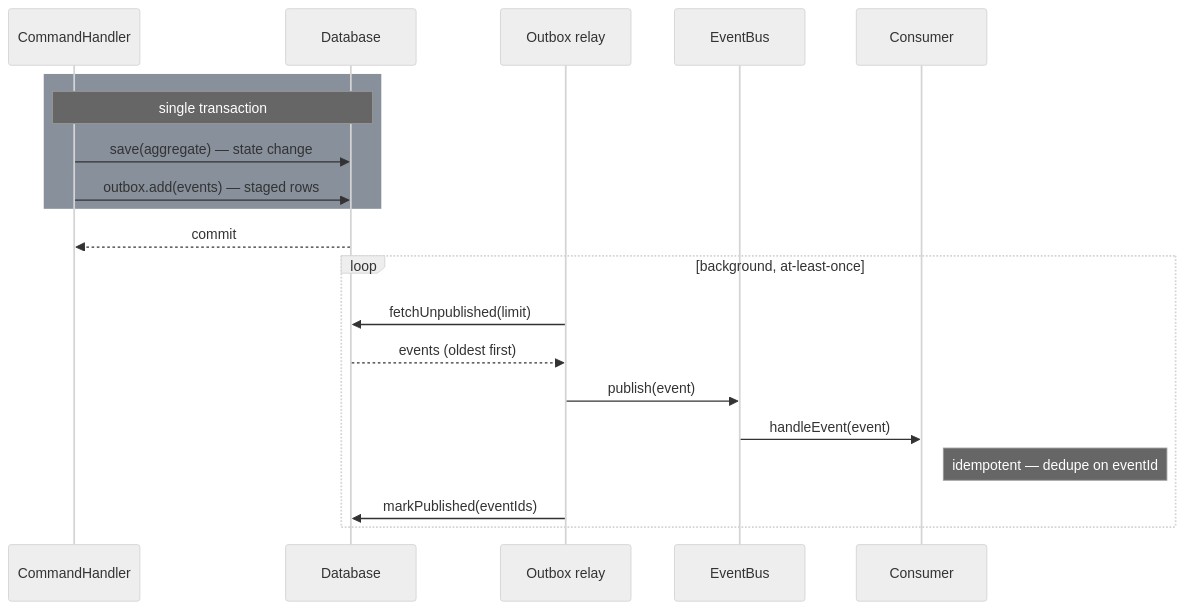
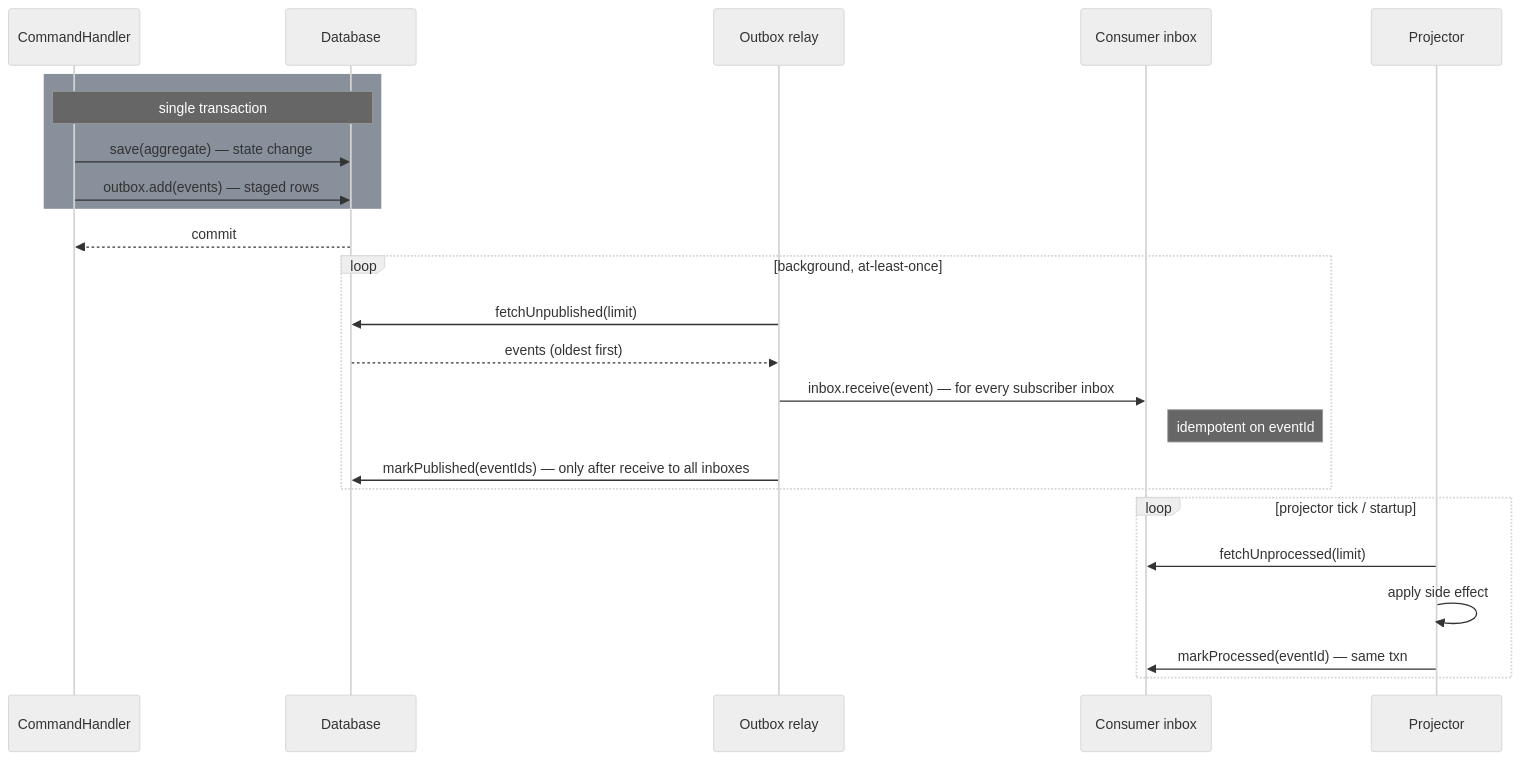
Before and after one commit to n1ckl0sk0rtge/app-bootstrap-core: the second of 2 diagrams in docs/USAGE.md, drawn with Mermaid (neutral theme). The commit also changed other lines of this file and 4 other files, not shown here.

````diff
--- a/docs/USAGE.md
+++ b/docs/USAGE.md
@@ -439,24 +439,28 @@
 ```mermaid
 sequenceDiagram
     participant H as CommandHandler
     participant DB as Database
     participant R as Outbox relay
-    participant B as EventBus
-    participant C as Consumer
+    participant I as Consumer inbox
+    participant P as Projector
 
     rect rgb(135, 144, 155)
     note over H,DB: single transaction
     H->>DB: save(aggregate) — state change
     H->>DB: outbox.add(events) — staged rows
     end
     DB-->>H: commit
 
     loop background, at-least-once
         R->>DB: fetchUnpublished(limit)
         DB-->>R: events (oldest first)
-        R->>B: publish(event)
-        B->>C: handleEvent(event)
-        note right of C: idempotent — dedupe on eventId
-        R->>DB: markPublished(eventIds)
+        R->>I: inbox.receive(event) — for every subscriber inbox
+        note right of I: idempotent on eventId
+        R->>DB: markPublished(eventIds) — only after receive to all inboxes
+    end
+    loop projector tick / startup
+        P->>I: fetchUnprocessed(limit)
+        P->>P: apply side effect
+        P->>I: markProcessed(eventId) — same txn
     end
 ```
````
